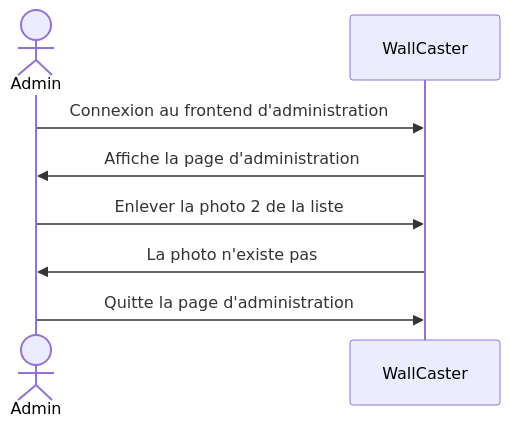
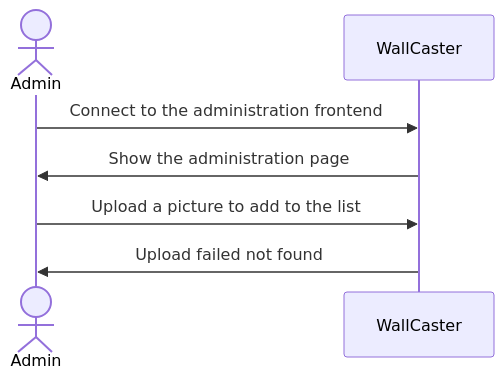
One commit to WallCaster/WallCaster changed the fifth of 17 diagrams in doc/analisis-report.md. Above: the diagram before and after it, drawn with Mermaid. The commit also changed other lines of this file, not shown here.

````diff
--- a/doc/analisis-report.md
+++ b/doc/analisis-report.md
@@ -136,12 +136,11 @@
 ```mermaid
 sequenceDiagram
   actor Admin
   participant S as WallCaster
 
-Admin ->> S : Connexion au frontend d'administration
-S ->> Admin : Affiche la page d'administration
-Admin ->> S : Enlever la photo 2 de la liste
-S ->> Admin : La photo n'existe pas
-Admin ->> S : Quitte la page d'administration
+Admin ->> S : Connect to the administration frontend
+S ->> Admin : Show the administration page
+Admin ->> S : Upload a picture to add to the list
+S ->> Admin : Upload failed not found
 
 ```
````
